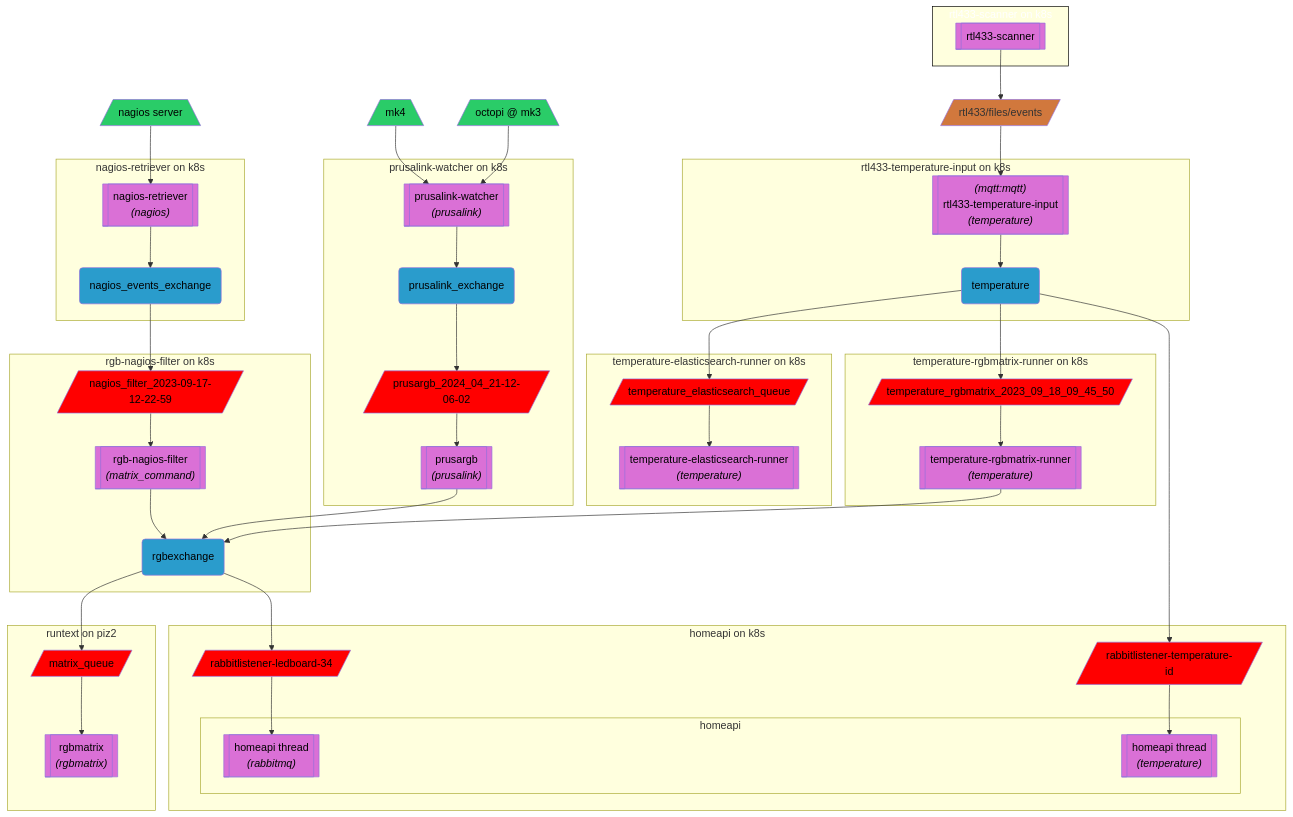
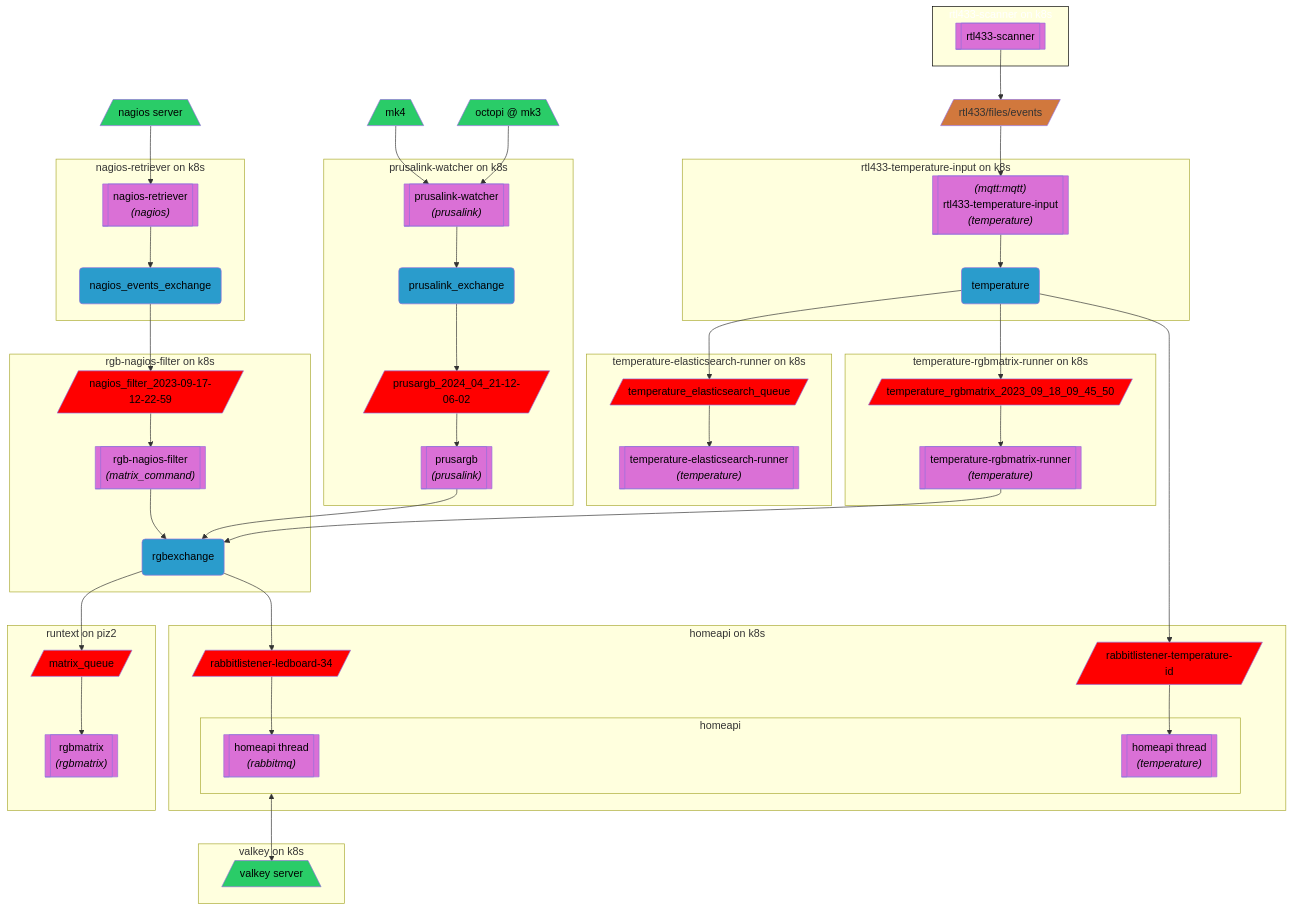
Before and after one commit to mmaschenk/homeapi: the second of 2 diagrams in README.md, drawn with Mermaid. The commit also changed 2 other files, not shown here.

Commit message:
Added valkey to docs. Updated preheat to not initialize when key is present

```diff
--- a/README.md
+++ b/README.md
@@ -106,6 +106,12 @@
         end
     end
 
+    subgraph valkey[valkey on k8s]
+        valkey_server[/valkey server\]:::server
+    end
+
+    homeapi <--> valkey_server
+
     nagios_events_exchange --> nagios_filter_queue
 
     subgraph runtext[runtext on piz2]
```
